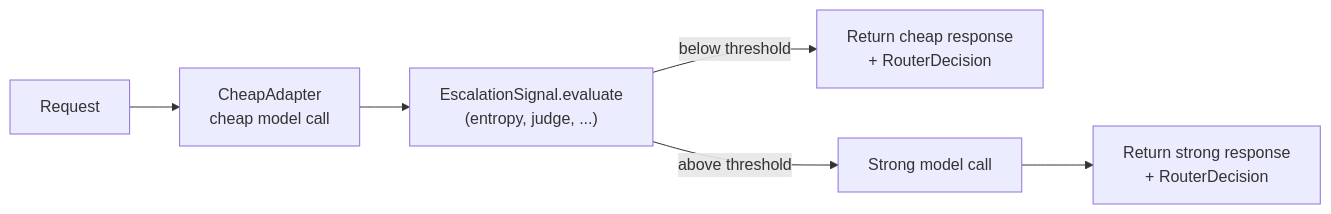
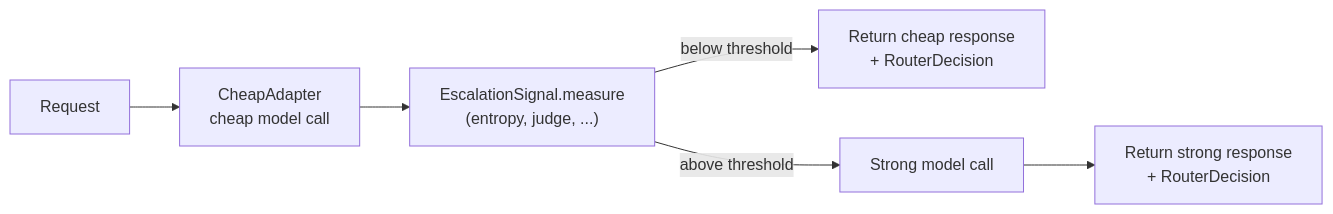
The fourth of 7 diagrams in docs/architecture.md (jt-mchorse/llm-cost-optimizer), drawn with Mermaid before and after one commit. The commit also changed other lines of this file and 2 other files, not shown here.

Commit message:
docs(architecture): fix nonexistent symbol names — BatchAPIBackend, EscalationSignal.evaluate (#108) (#109)
* docs(architecture): fix nonexistent symbol names (#108)

architecture.md named BatchAPIBackend (line 29) — no such class exists;
the offline backend is AnthropicBatchBackend (batch.py:360; README and
test_public_surface use it). The Mermaid node at line 172 named
EscalationSignal.evaluate, but the Protocol method is measure
(router.py:162; called as sig.measure() at :429). Both corrected.
Independent of issue #97. Doc-only.

* memory: session 2026-06-29 llm-cost-optimizer

````diff
--- a/docs/architecture.md
+++ b/docs/architecture.md
@@ -169,8 +169,8 @@
 ```mermaid
 flowchart LR
     REQ[Request] --> CHEAP[CheapAdapter<br/>cheap model call]
-    CHEAP --> SIG["EscalationSignal.evaluate<br/>(entropy, judge, ...)"]
+    CHEAP --> SIG["EscalationSignal.measure<br/>(entropy, judge, ...)"]
     SIG -- below threshold --> RET[Return cheap response<br/>+ RouterDecision]
     SIG -- above threshold --> ESC[Strong model call]
     ESC --> RET2[Return strong response<br/>+ RouterDecision]
 ```
````
